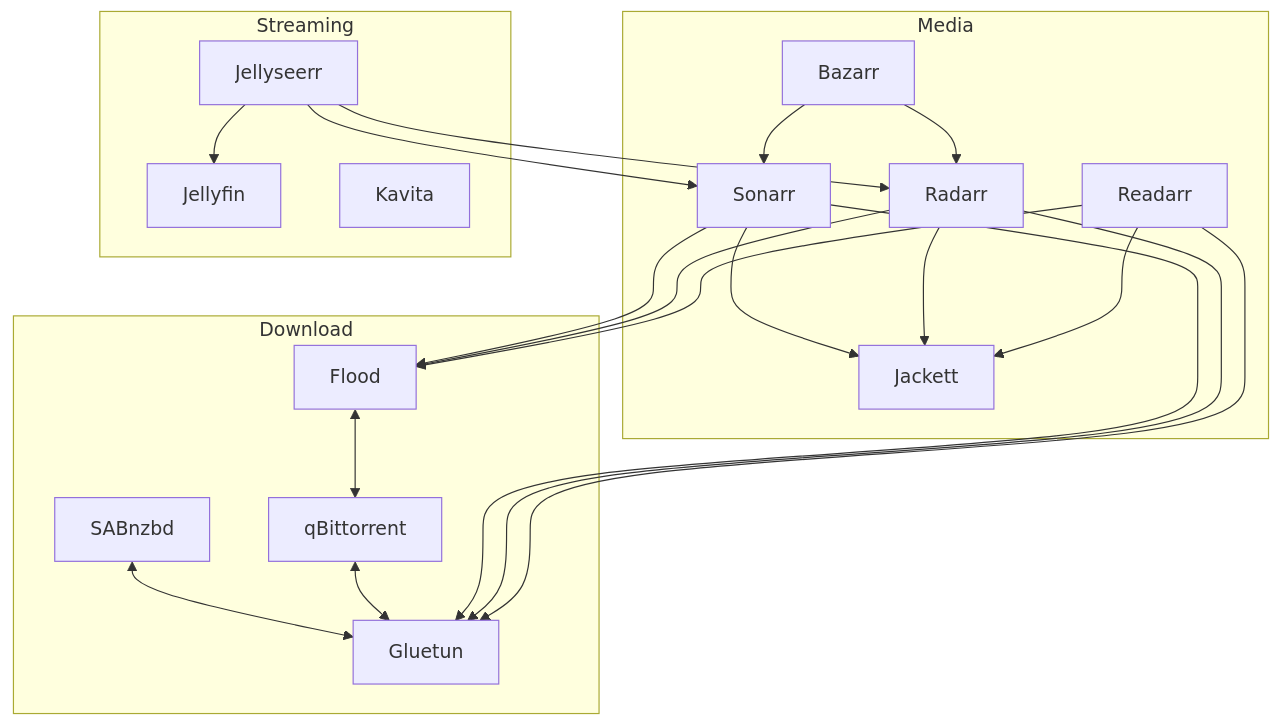
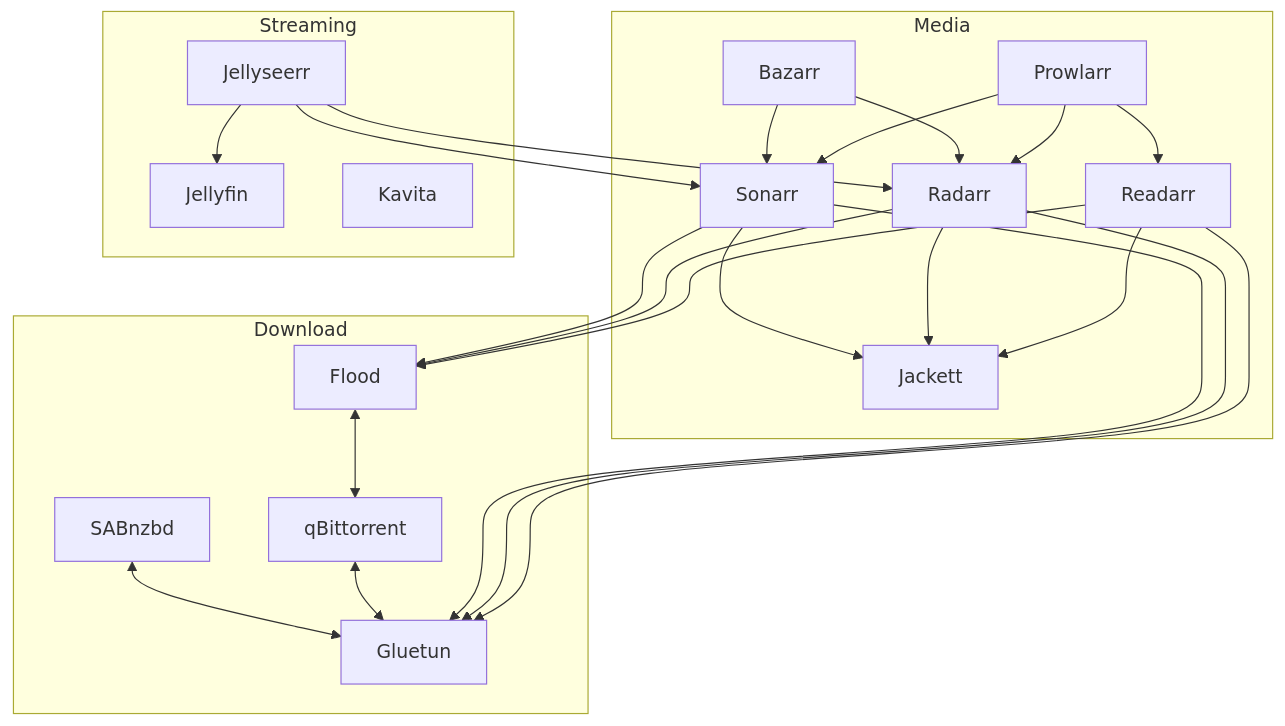
Before and after one commit to TheGameProfi/HatSetup: the diagram in readme.md, drawn with Mermaid. The commit also changed other lines of this file and 1 other file, not shown here.

Commit message:
add Prowlar to the Docu

````diff
--- a/readme.md
+++ b/readme.md
@@ -26,19 +27,20 @@
 ```mermaid
 flowchart
     subgraph Download
     Gluetun
     SABnzbd & qBittorrent <--> Gluetun
     Flood <--> qBittorrent
     end
 
     subgraph Media
     Sonarr & Radarr & Readarr --> Gluetun & Flood & Jackett
     Bazarr --> Sonarr & Radarr
+    Prowlarr --> Sonarr & Radarr & Readarr
     end
 
     subgraph Streaming
     Jellyfin
     Jellyseerr --> Jellyfin & Sonarr & Radarr
     Kavita
     end
 ```
````
